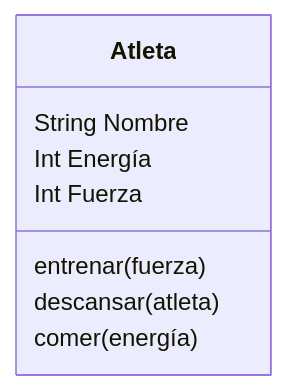
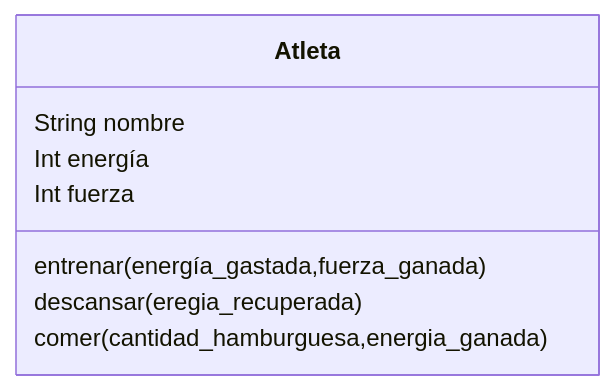
One commit to PatoAparicio/psg-oop-2025 changed the diagram in retos_sesion_03/ejercicio_01.md. Above: the diagram before and after it, drawn with Mermaid. The commit also changed other lines of this file and 3 other files, not shown here.

````diff
--- a/retos_sesion_03/ejercicio_01.md
+++ b/retos_sesion_03/ejercicio_01.md
@@ -32,11 +47,11 @@
 ```mermaid
 classDiagram
     class Atleta {
-        String Nombre
-        Int Energía
-        Int Fuerza
-        entrenar (fuerza)
-        descansar(atleta)
-        comer(energía)
+        String nombre
+        Int energía
+        Int fuerza
+        entrenar (energía_gastada,fuerza_ganada)
+        descansar(eregia_recuperada)
+        comer(cantidad_hamburguesa,energia_ganada)
     }
 ```
````
